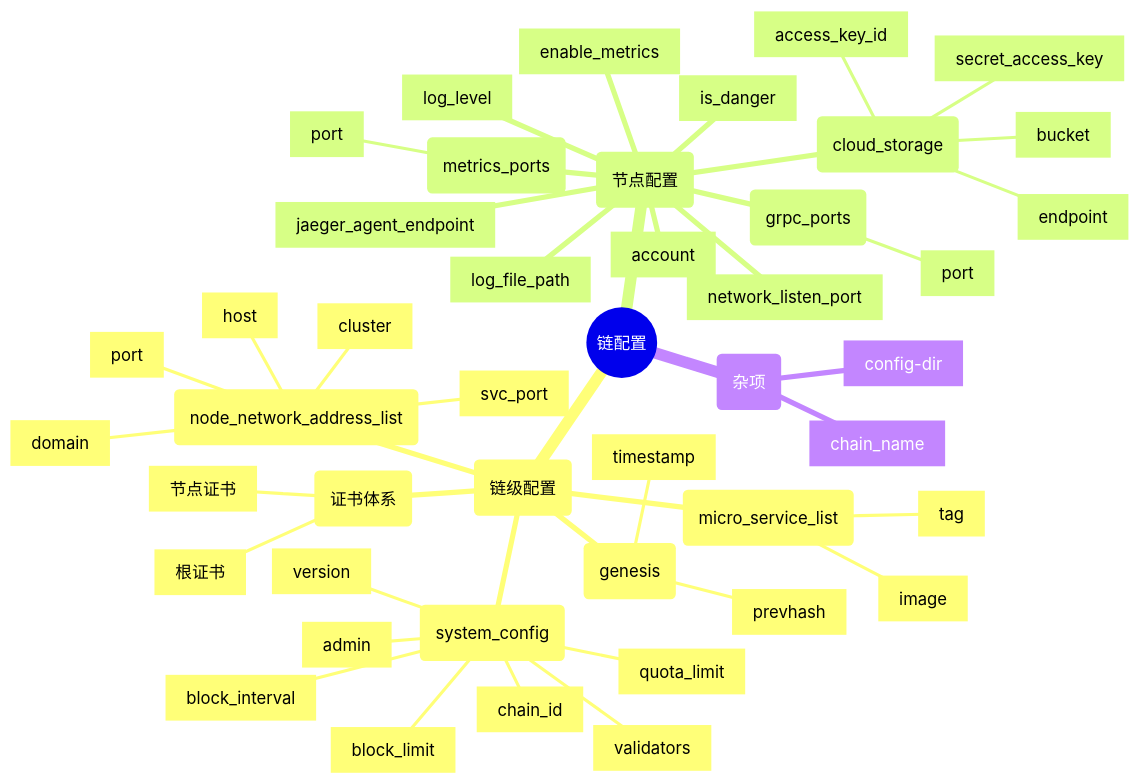
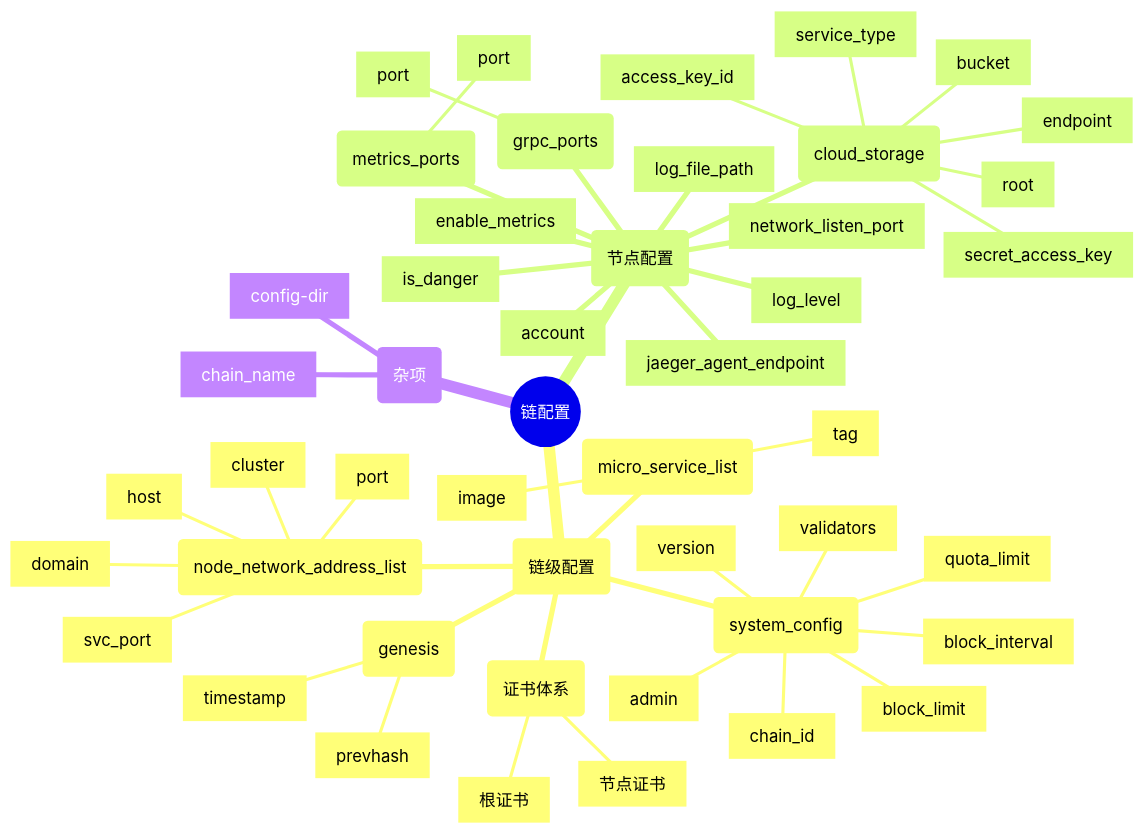
One commit to cita-cloud/cloud-config changed the diagram in README.md. Above: the diagram before and after it, drawn with Mermaid. The commit also changed other lines of this file and 6 other files, not shown here.

Commit message:
add service_type and s3-root

````diff
--- a/README.md
+++ b/README.md
@@ -77,48 +77,50 @@
 ```mermaid
 mindmap
   root((链配置))
     id(链级配置)
         id(genesis)
             id[timestamp]
             id[prevhash]
         id(system_config)
             id[version]
             id[chain_id]
             id[admin]
             id[block_interval]
             id[validators]
             id[block_limit]
             id[quota_limit]
         id(node_network_address_list)
             id[host]
             id[port]
             id[domain]
             id[cluster]
             id[svc_port]
         id(micro_service_list)
             id[image]
             id[tag]
         id(证书体系)
             id[根证书]
             id[节点证书]
     id(节点配置)
         id(grpc_ports)
             id[port]
         id(metrics_ports)
             id[port]
         id[network_listen_port]
         id[log_level]
         id[log_file_path]
         id[jaeger_agent_endpoint]
         id[account]
         id[enable_metrics]
         id[is_danger]
         id(cloud_storage)
             id[access_key_id]
             id[secret_access_key]
             id[endpoint]
             id[bucket]
+            id[service_type]
+            id[root]
     id(杂项)
         id[config-dir]
         id[chain_name]
 ```
````
